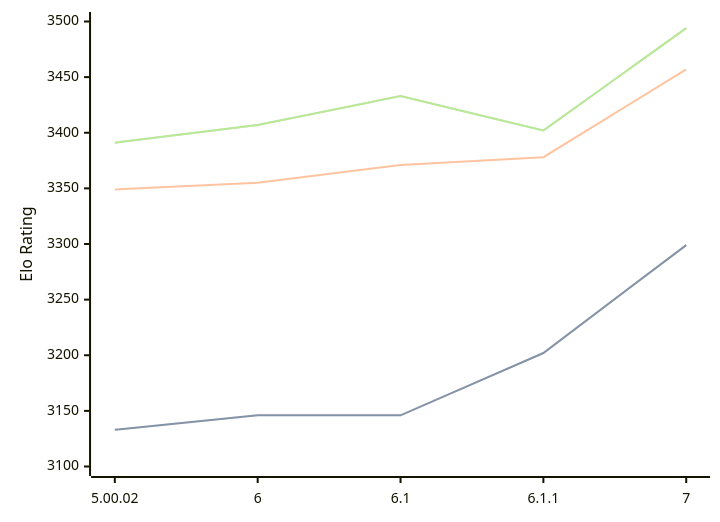
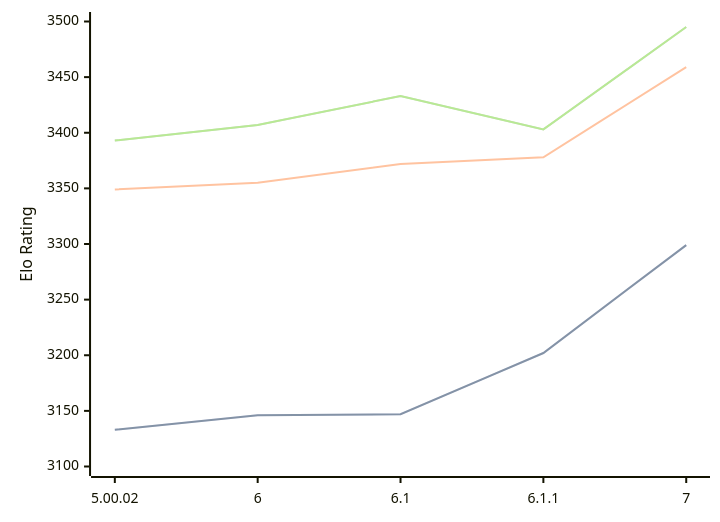
Before and after one commit to computer-chess-index/cci: the diagram in engines/Zangdar.md, drawn with Mermaid. The commit also changed other lines of this file, not shown here.

Commit message:
Update CCI Ratings (ELO VLTC) - 2026-08-29

````diff
--- a/engines/Zangdar.md
+++ b/engines/Zangdar.md
@@ -35,11 +35,11 @@
 ```mermaid
 %%{init: {"theme":"base","themeVariables":{"seriesColors:['#a3a3a3','#222221','#faa371']}}}%%
 xychart-beta
   x-axis ["5.00.02", "6", "6.1", "6.1.1", "7"]
   y-axis "Elo Rating" 3100 --> 3500
-  line "" [3133, 3146, 3146, 3202, 3299]
-  line "STC (8.0+0.08s)" [3133, 3146, 3146, 3202, 3299]
-  line "LTC (60.0+0.60s)" [3349, 3355, 3371, 3378, 3457]
-  line "" [3391, 3407, 3433, 3402, 3494]
-  line "VLTC (2m24s+1.12s)" [3391, 3407, 3433, 3402, 3494]
+  line "" [3133, 3146, 3147, 3202, 3299]
+  line "STC (8.0+0.08s)" [3133, 3146, 3147, 3202, 3299]
+  line "LTC (60.0+0.60s)" [3349, 3355, 3372, 3378, 3459]
+  line "" [3393, 3407, 3433, 3403, 3495]
+  line "VLTC (2m24s+1.12s)" [3393, 3407, 3433, 3403, 3495]
 ```
````
